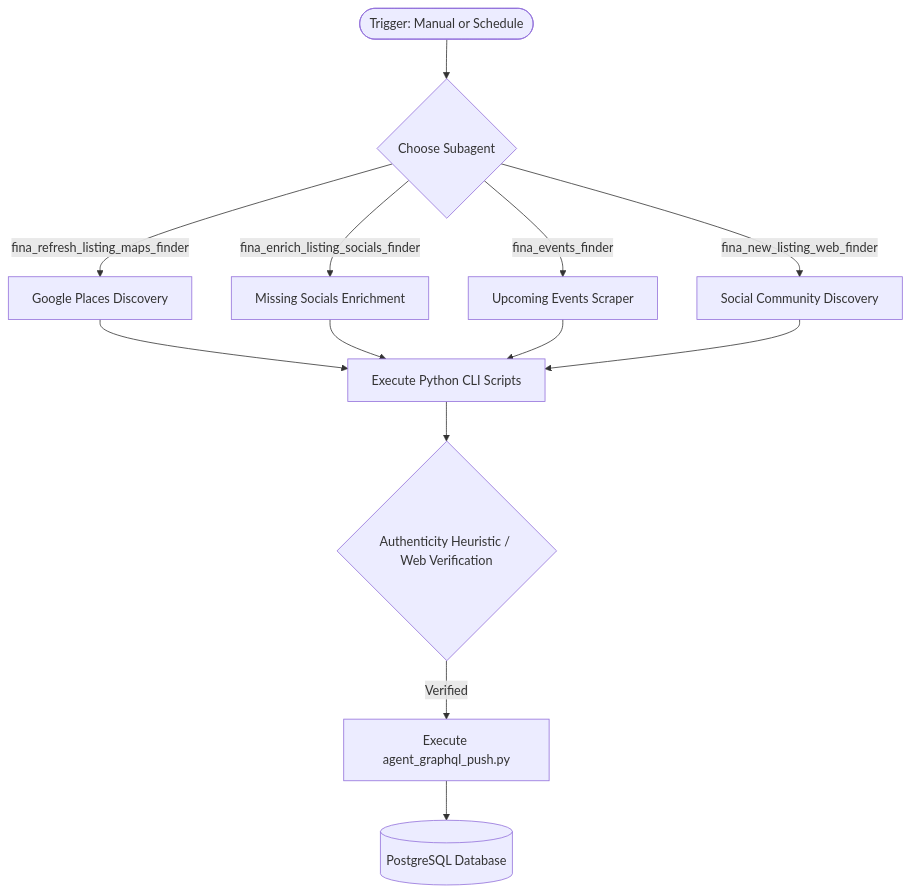
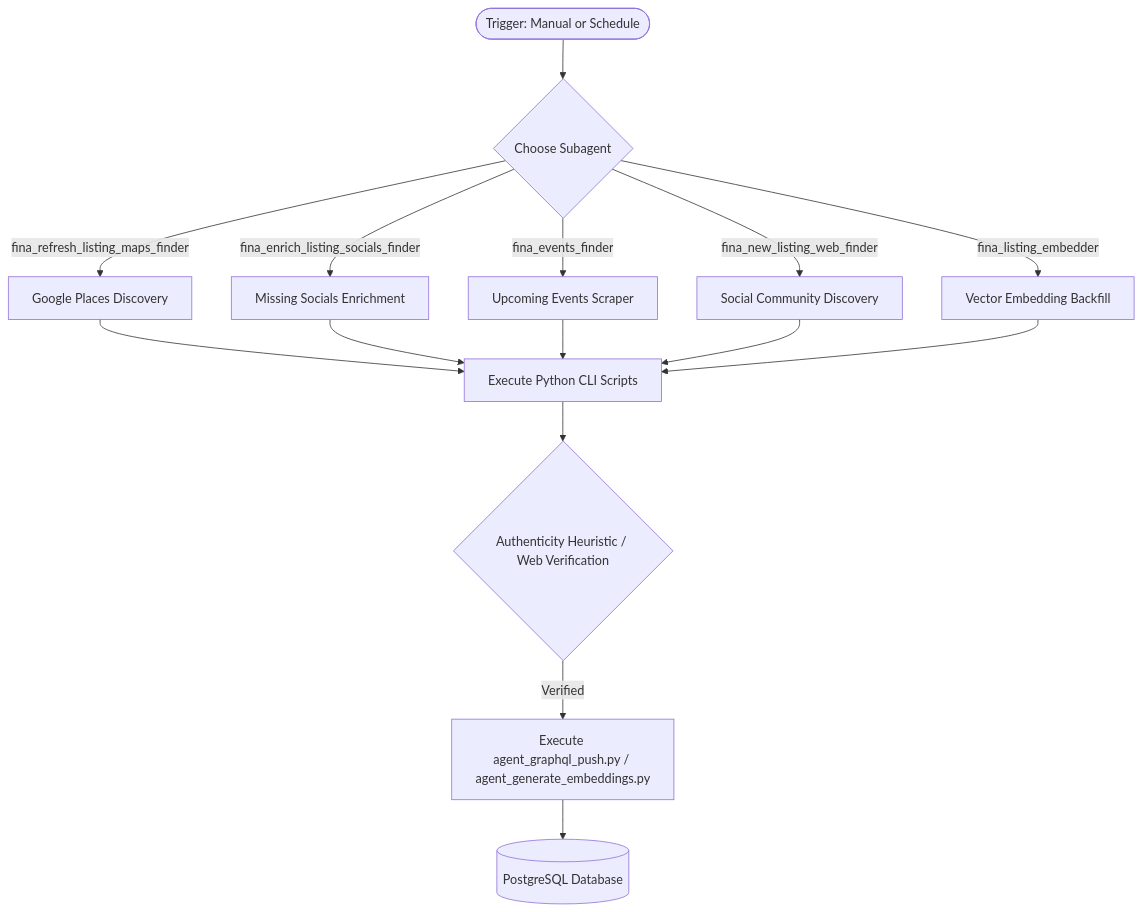
The diagram in AGENTS.md (deriveraryan/fina-agent), drawn with Mermaid before and after one commit. The commit also changed other lines of this file and 11 other files, not shown here.

Commit message:
feat(agents): repurpose category auditor to listing vector embedder agent

````diff
--- a/AGENTS.md
+++ b/AGENTS.md
@@ -11,15 +11,16 @@
 ```mermaid
 flowchart TD
     Start(["Trigger: Manual or Schedule"]) --> AgentSelect{"Choose Subagent"}
     
     AgentSelect -->|fina_refresh_listing_maps_finder| PlacesFlow["Google Places Discovery"]
     AgentSelect -->|fina_enrich_listing_socials_finder| SocialsFlow["Missing Socials Enrichment"]
     AgentSelect -->|fina_events_finder| EventsFlow["Upcoming Events Scraper"]
     AgentSelect -->|fina_new_listing_web_finder| CommFlow["Social Community Discovery"]
+    AgentSelect -->|fina_listing_embedder| EmbedFlow["Vector Embedding Backfill"]
 
     %% Shared logic
-    PlacesFlow & SocialsFlow & EventsFlow & CommFlow --> PythonCLI["Execute Python CLI Scripts"]
+    PlacesFlow & SocialsFlow & EventsFlow & CommFlow & EmbedFlow --> PythonCLI["Execute Python CLI Scripts"]
     PythonCLI --> Verification{"Authenticity Heuristic / Web Verification"}
-    Verification -->|Verified| GQLPush["Execute agent_graphql_push.py"]
+    Verification -->|Verified| GQLPush["Execute agent_graphql_push.py / agent_generate_embeddings.py"]
     GQLPush --> PostgreSQL[(PostgreSQL Database)]
 ```
````
